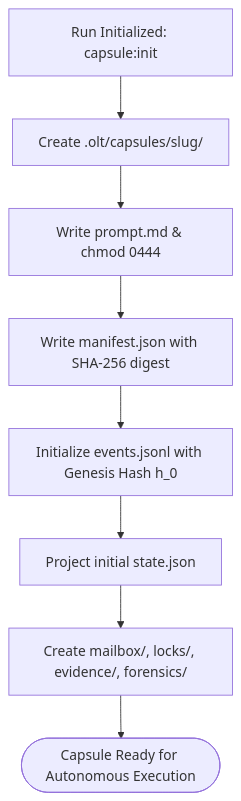
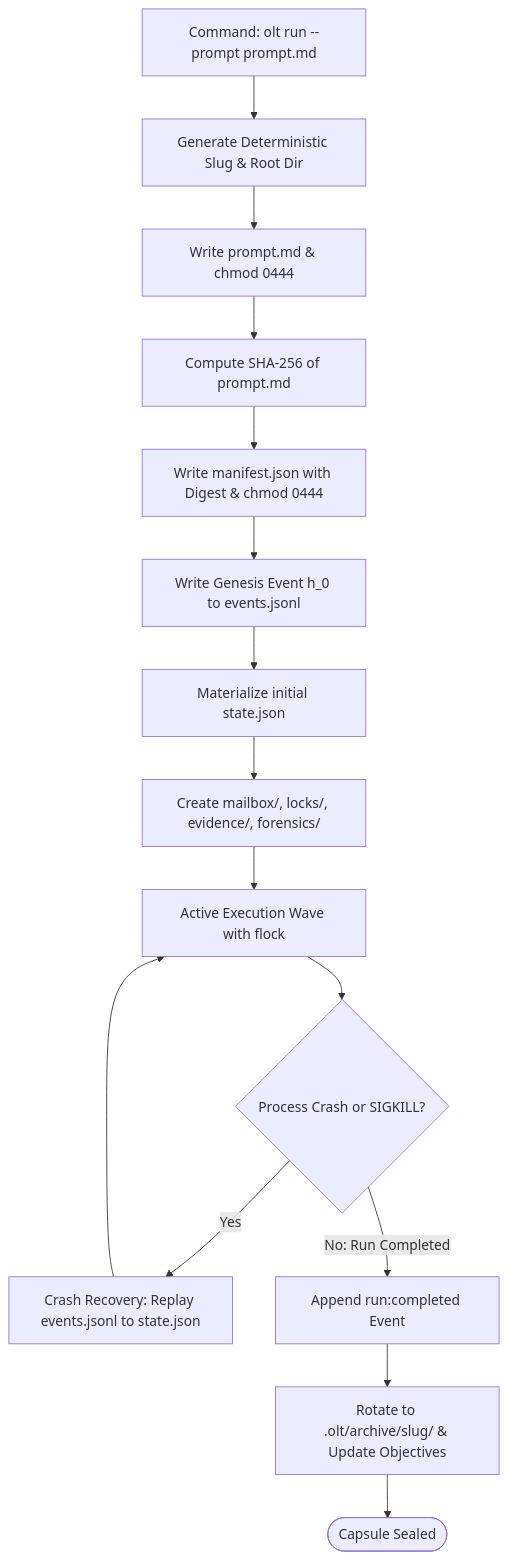
One commit to onurseckin/skills changed the diagram in docs/olt/architecture/10-durability-recovery-capsules/10-01-capsule-filesystem-anatomy.md. Above: the diagram before and after it, drawn with Mermaid. The commit also changed other lines of this file and 83 other files, not shown here.

````diff
--- a/docs/olt/architecture/10-durability-recovery-capsules/10-01-capsule-filesystem-anatomy.md
+++ b/docs/olt/architecture/10-durability-recovery-capsules/10-01-capsule-filesystem-anatomy.md
@@ -67,10 +99,21 @@
 ```mermaid
 flowchart TD
-    InitRun[Run Initialized: capsule:init] --> CreateDir[Create .olt/capsules/slug/]
-    CreateDir --> WritePrompt[Write prompt.md & chmod 0444]
-    WritePrompt --> WriteManifest[Write manifest.json with SHA-256 digest]
-    WriteManifest --> InitLedger[Initialize events.jsonl with Genesis Hash h_0]
-    InitLedger --> InitState[Project initial state.json]
-    InitState --> CreateSubdirs[Create mailbox/, locks/, evidence/, forensics/]
-    CreateSubdirs --> ReadyCapsule([Capsule Ready for Autonomous Execution])
+    Init[Command: olt run --prompt prompt.md] --> CreateSlug[Generate Deterministic Slug & Root Dir]
+    CreateSlug --> WritePrompt[Write prompt.md & chmod 0444]
+    WritePrompt --> HashPrompt[Compute SHA-256 of prompt.md]
+
+    HashPrompt --> WriteManifest[Write manifest.json with Digest & chmod 0444]
+    WriteManifest --> InitGenesis[Write Genesis Event h_0 to events.jsonl]
+    InitGenesis --> InitState[Materialize initial state.json]
+
+    InitState --> MakeSubdirs[Create mailbox/, locks/, evidence/, forensics/]
+    MakeSubdirs --> ActiveLoop[Active Execution Wave with flock]
+
+    ActiveLoop --> CrashCheck{Process Crash or SIGKILL?}
+    CrashCheck -->|Yes| Reconstruct[Crash Recovery: Replay events.jsonl to state.json]
+    Reconstruct --> ActiveLoop
+
+    CrashCheck -->|No: Run Completed| TerminalSeal[Append run:completed Event]
+    TerminalSeal --> ArchiveCapsule[Rotate to .olt/archive/slug/ & Update Objectives]
+    ArchiveCapsule --> Done([Capsule Sealed])
 ```
````
